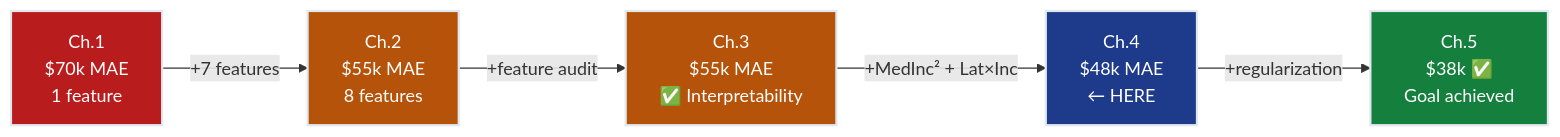
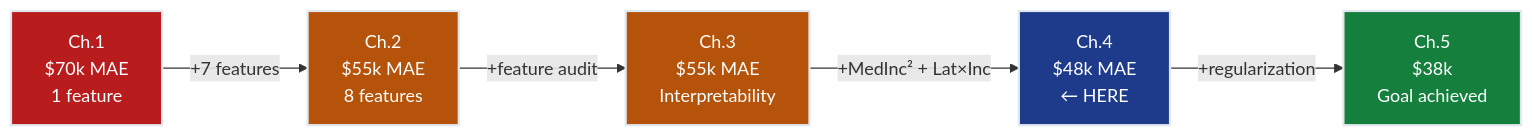
Before and after one commit to dsgouda7/ai-portfolio: the fifth of 7 diagrams in notes/01-ml/01-regression/ch04_polynomial_features/README.md, drawn with Mermaid. The commit also changed other lines of this file and 179 other files, not shown here.

````diff
--- a/notes/01-ml/01-regression/ch04_polynomial_features/README.md
+++ b/notes/01-ml/01-regression/ch04_polynomial_features/README.md
@@ -562,13 +562,13 @@
 ```mermaid
 flowchart LR
-    CH1["Ch.1\n$70k MAE\n1 feature"] -->|"+7 features"| CH2["Ch.2\n$55k MAE\n8 features"]
-    CH2 -->|"+feature audit"| CH3["Ch.3\n$55k MAE\n✅ Interpretability"]
-    CH3 -->|"+MedInc² + Lat×Inc"| CH4["Ch.4\n$48k MAE\n← HERE"]
-    CH4 -->|"+regularization"| CH5["Ch.5\n$38k ✅\nGoal achieved"]
+ CH1["Ch.1\n$70k MAE\n1 feature"] -->|"+7 features"| CH2["Ch.2\n$55k MAE\n8 features"]
+ CH2 -->|"+feature audit"| CH3["Ch.3\n$55k MAE\n Interpretability"]
+ CH3 -->|"+MedInc² + Lat×Inc"| CH4["Ch.4\n$48k MAE\n← HERE"]
+ CH4 -->|"+regularization"| CH5["Ch.5\n$38k \nGoal achieved"]
 
-    style CH1 fill:#b91c1c,stroke:#e2e8f0,stroke-width:2px,color:#ffffff
-    style CH2 fill:#b45309,stroke:#e2e8f0,stroke-width:2px,color:#ffffff
-    style CH3 fill:#b45309,stroke:#e2e8f0,stroke-width:2px,color:#ffffff
-    style CH4 fill:#1e3a8a,stroke:#e2e8f0,stroke-width:2px,color:#ffffff
-    style CH5 fill:#15803d,stroke:#e2e8f0,stroke-width:2px,color:#ffffff
+ style CH1 fill:#b91c1c,stroke:#e2e8f0,stroke-width:2px,color:#ffffff
+ style CH2 fill:#b45309,stroke:#e2e8f0,stroke-width:2px,color:#ffffff
+ style CH3 fill:#b45309,stroke:#e2e8f0,stroke-width:2px,color:#ffffff
+ style CH4 fill:#1e3a8a,stroke:#e2e8f0,stroke-width:2px,color:#ffffff
+ style CH5 fill:#15803d,stroke:#e2e8f0,stroke-width:2px,color:#ffffff
 ```
````
